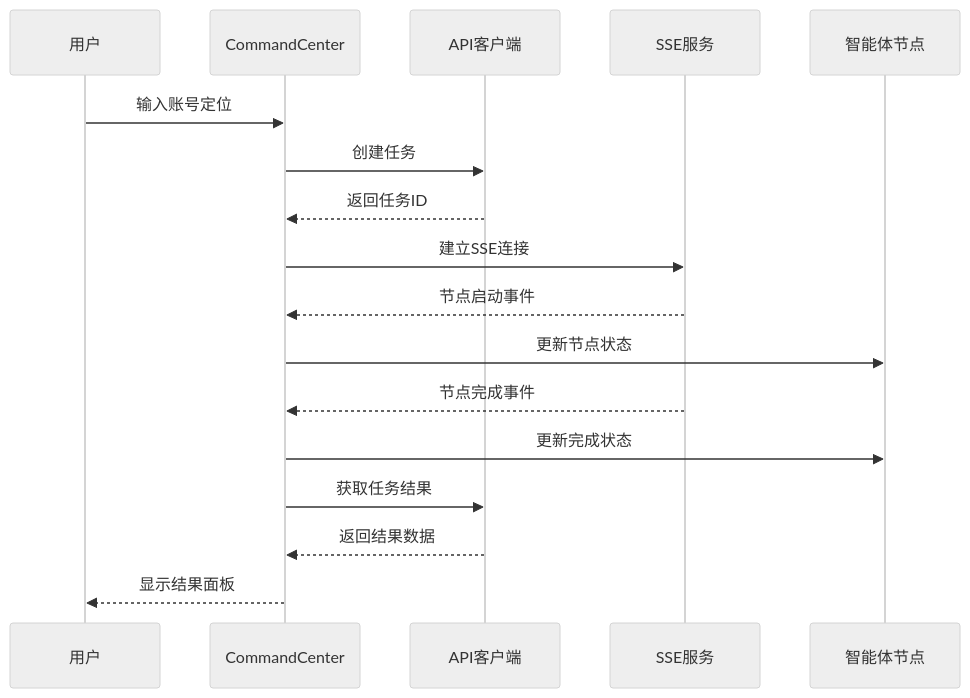
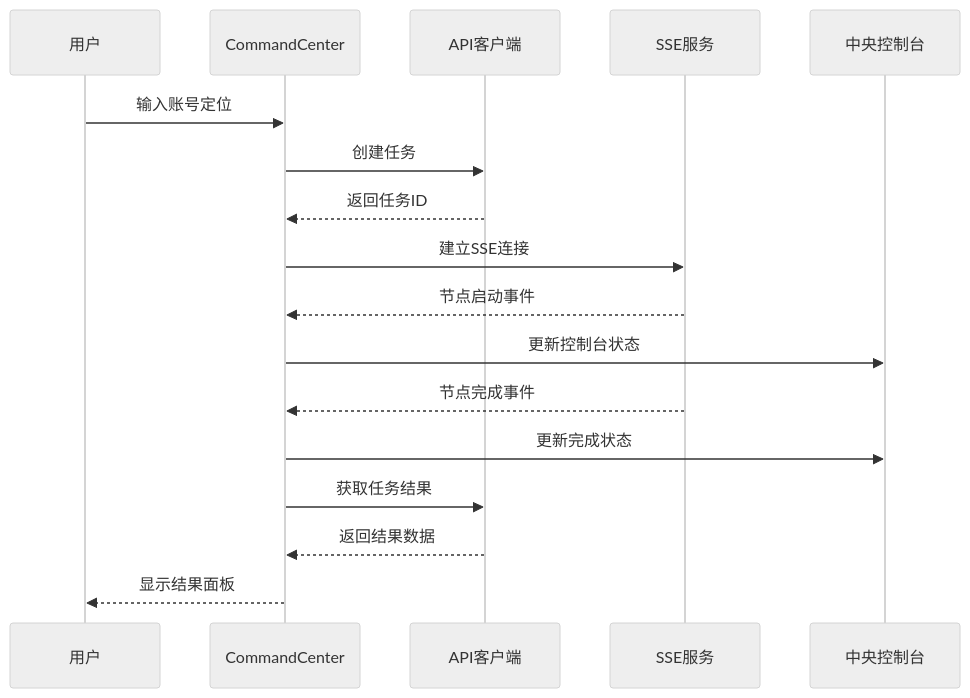
Before and after one commit to sansansansansan2022-web/hotclaw: the third of 12 diagrams in .qoder/repowiki/zh/content/前端开发/命令中心界面.md, drawn with Mermaid (neutral theme). The commit also changed other lines of this file and 860 other files, not shown here.

````diff
--- a/.qoder/repowiki/zh/content/前端开发/命令中心界面.md
+++ b/.qoder/repowiki/zh/content/前端开发/命令中心界面.md
@@ -126,19 +130,19 @@
 ```mermaid
 sequenceDiagram
 participant User as 用户
 participant CC as CommandCenter
 participant API as API客户端
 participant SSE as SSE服务
-participant Nodes as 智能体节点
+participant Console as 中央控制台
 User->>CC : 输入账号定位
 CC->>API : 创建任务
 API-->>CC : 返回任务ID
 CC->>SSE : 建立SSE连接
 SSE-->>CC : 节点启动事件
-CC->>Nodes : 更新节点状态
+CC->>Console : 更新控制台状态
 SSE-->>CC : 节点完成事件
-CC->>Nodes : 更新完成状态
+CC->>Console : 更新完成状态
 CC->>API : 获取任务结果
 API-->>CC : 返回结果数据
 CC-->>User : 显示结果面板
 ```
````
